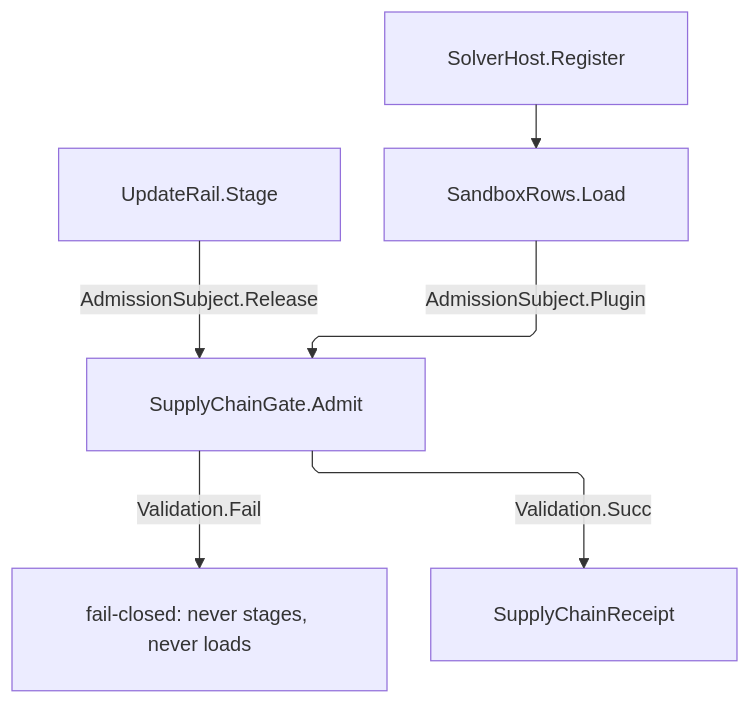
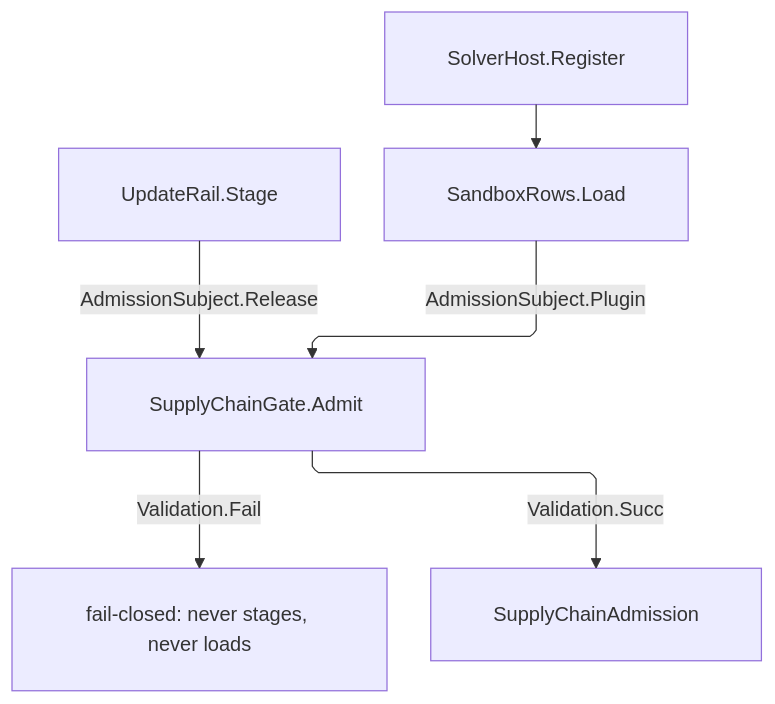
One commit to bsamiee/Rasm changed the diagram in libs/dotnet/Rasm.AppHost/.planning/Sandbox/admission.md. Above: the diagram before and after it, drawn with Mermaid. The commit also changed other lines of this file and 1417 other files, not shown here.

````diff
--- a/libs/dotnet/Rasm.AppHost/.planning/Sandbox/admission.md
+++ b/libs/dotnet/Rasm.AppHost/.planning/Sandbox/admission.md
@@ -243,17 +243,17 @@
 ```mermaid
 ---
 config:
   layout: elk
   flowchart:
     curve: linear
     padding: 25
 ---
 flowchart TD
     accTitle: Supply-chain admission gate
-    accDescr: Release staging and sandbox plugin loads entering one admission gate, with hosted solvers reaching it through the sandbox load, whose failure arm never stages or loads and whose success arm seals a supply-chain receipt.
+    accDescr: Release staging and sandbox plugin loads entering one admission gate, with hosted solvers reaching it through the sandbox load, whose failure arm never stages or loads and whose success arm returns the admitted subject.
     Release[UpdateRail.Stage] -->|AdmissionSubject.Release| Admit[SupplyChainGate.Admit]
     Solver[SolverHost.Register] --> Plugin[SandboxRows.Load]
     Plugin -->|AdmissionSubject.Plugin| Admit
     Admit -->|Validation.Fail| Closed[fail-closed: never stages, never loads]
-    Admit -->|Validation.Succ| Proven[SupplyChainReceipt]
+    Admit -->|Validation.Succ| Proven[SupplyChainAdmission]
 ```
````
